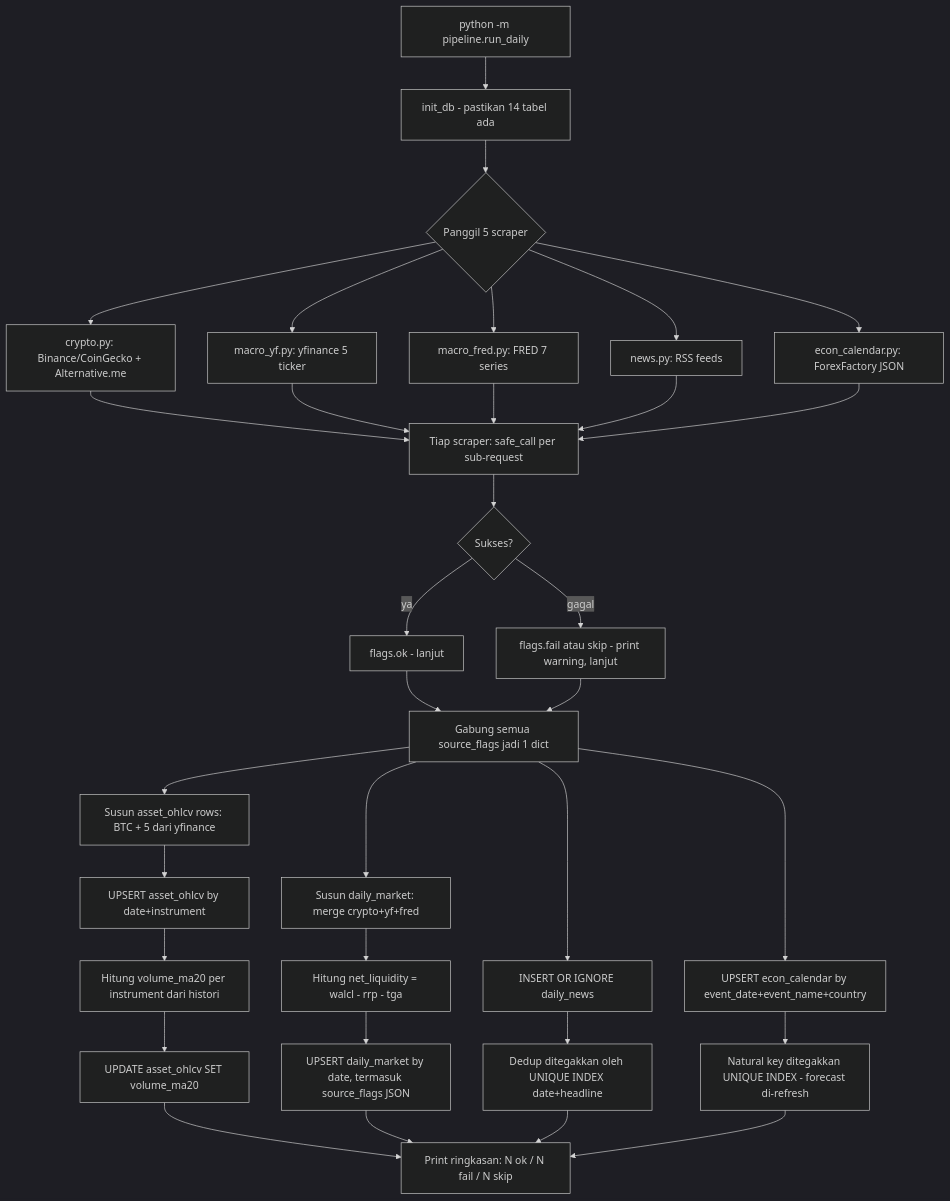
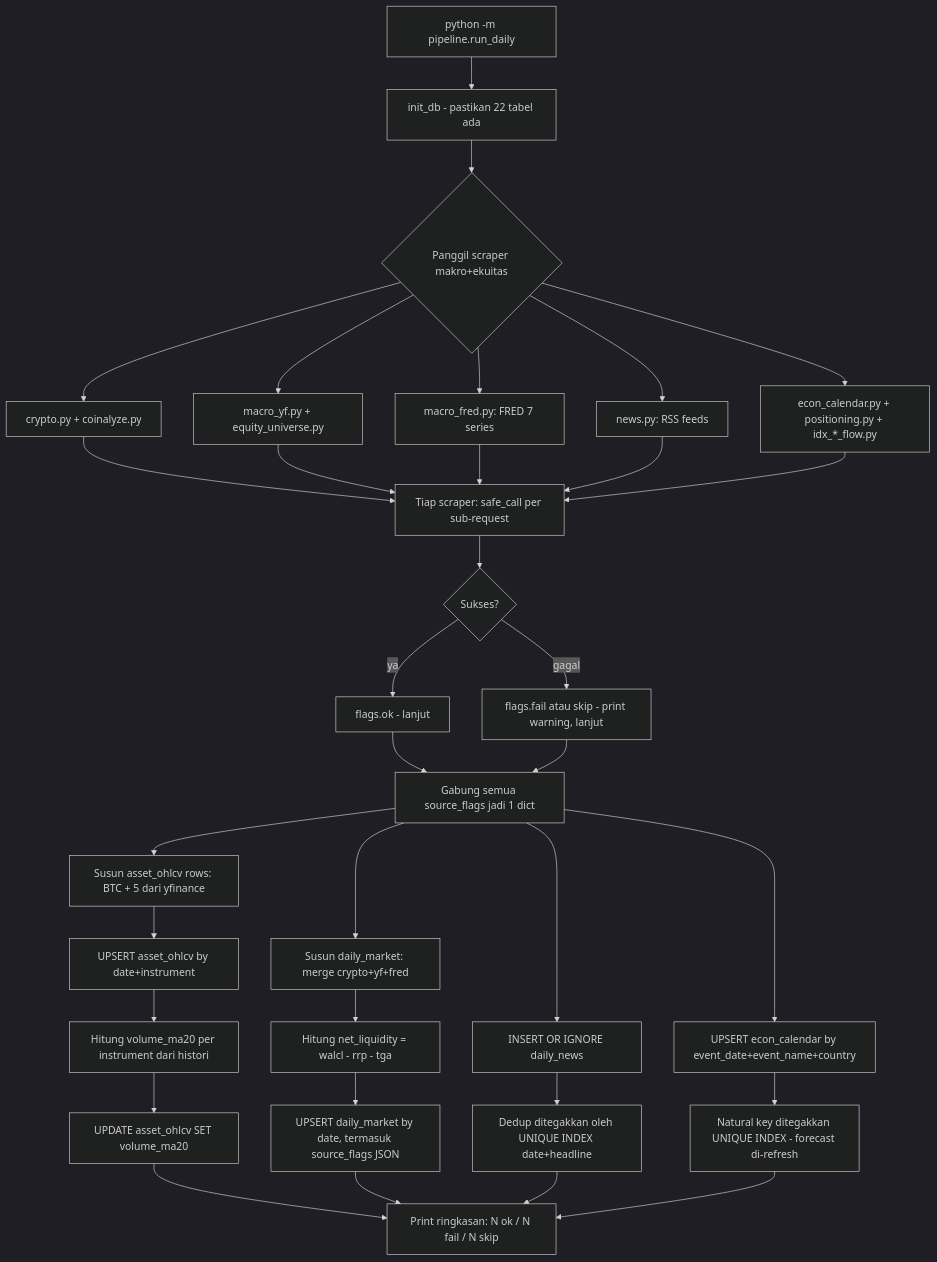
The first of 4 diagrams in docs/FLOW.md (pworld/kastara-finance), drawn with Mermaid (dark theme) before and after one commit. The commit also changed other lines of this file and 3 other files, not shown here.

````diff
--- a/docs/FLOW.md
+++ b/docs/FLOW.md
@@ -15,42 +21,42 @@
 ```mermaid
 flowchart TD
-    A[python -m pipeline.run_daily] --> B[init_db - pastikan 14 tabel ada]
-    B --> C{Panggil 5 scraper}
-    C --> C1[crypto.py: Binance/CoinGecko + Alternative.me]
-    C --> C2[macro_yf.py: yfinance 5 ticker]
+    A[python -m pipeline.run_daily] --> B[init_db - pastikan 22 tabel ada]
+    B --> C{Panggil scraper makro+ekuitas}
+    C --> C1[crypto.py + coinalyze.py]
+    C --> C2[macro_yf.py + equity_universe.py]
     C --> C3[macro_fred.py: FRED 7 series]
     C --> C4[news.py: RSS feeds]
-    C --> C5[econ_calendar.py: ForexFactory JSON]
+    C --> C5[econ_calendar.py + positioning.py + idx_*_flow.py]
 
     C1 --> D[Tiap scraper: safe_call per sub-request]
     C2 --> D
     C3 --> D
     C4 --> D
     C5 --> D
     D --> D1{Sukses?}
     D1 -->|ya| D2[flags.ok - lanjut]
     D1 -->|gagal| D3[flags.fail atau skip - print warning, lanjut]
 
     D2 --> E[Gabung semua source_flags jadi 1 dict]
     D3 --> E
 
     E --> F[Susun asset_ohlcv rows: BTC + 5 dari yfinance]
     F --> G[UPSERT asset_ohlcv by date+instrument]
     G --> H[Hitung volume_ma20 per instrument dari histori]
     H --> I[UPDATE asset_ohlcv SET volume_ma20]
 
     E --> J[Susun daily_market: merge crypto+yf+fred]
     J --> K[Hitung net_liquidity = walcl - rrp - tga]
     K --> L[UPSERT daily_market by date, termasuk source_flags JSON]
 
     E --> M[INSERT OR IGNORE daily_news]
     M --> N[Dedup ditegakkan oleh UNIQUE INDEX date+headline]
 
     E --> P1[UPSERT econ_calendar by event_date+event_name+country]
     P1 --> P2[Natural key ditegakkan UNIQUE INDEX - forecast di-refresh]
 
     I --> O[Print ringkasan: N ok / N fail / N skip]
     L --> O
     N --> O
     P2 --> O
 ```
````
